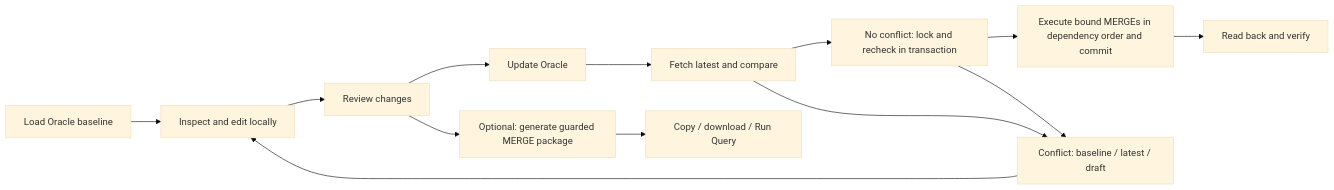
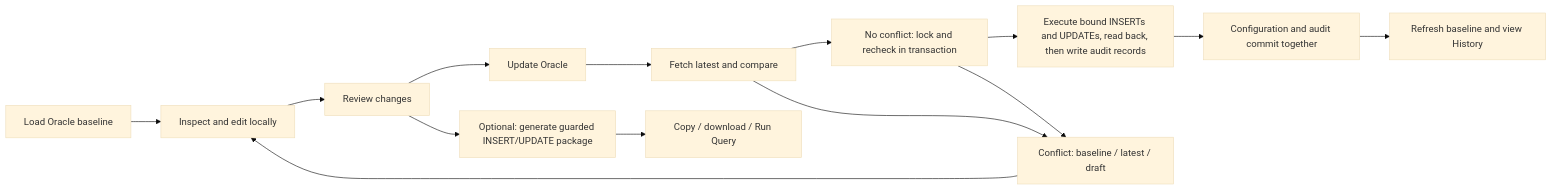
One commit to lolikgiovi/adtools-revamp changed the diagram in docs/monitoring/PRD.md. Above: the diagram before and after it, drawn with Mermaid (base theme). The commit also changed other lines of this file and 2 other files, not shown here.

Commit message:
Replace MERGE guidance with INSERT/UPDATE and audit history

````diff
--- a/docs/monitoring/PRD.md
+++ b/docs/monitoring/PRD.md
@@ -102,15 +103,16 @@
 ```mermaid
 flowchart LR
   A[Load Oracle baseline] --> B[Inspect and edit locally]
   B --> C[Review changes]
   C --> D[Update Oracle]
   D --> E[Fetch latest and compare]
   E --> F[No conflict: lock and recheck in transaction]
-  F --> G[Execute bound MERGEs in dependency order and commit]
-  G --> H[Read back and verify]
+  F --> G[Execute bound INSERTs and UPDATEs, read back, then write audit records]
+  G --> H[Configuration and audit commit together]
+  H --> V[Refresh baseline and view History]
   E --> I[Conflict: baseline / latest / draft]
   F --> I
   I --> B
-  C --> J[Optional: generate guarded MERGE package]
+  C --> J[Optional: generate guarded INSERT/UPDATE package]
   J --> K[Copy / download / Run Query]
 ```
````
